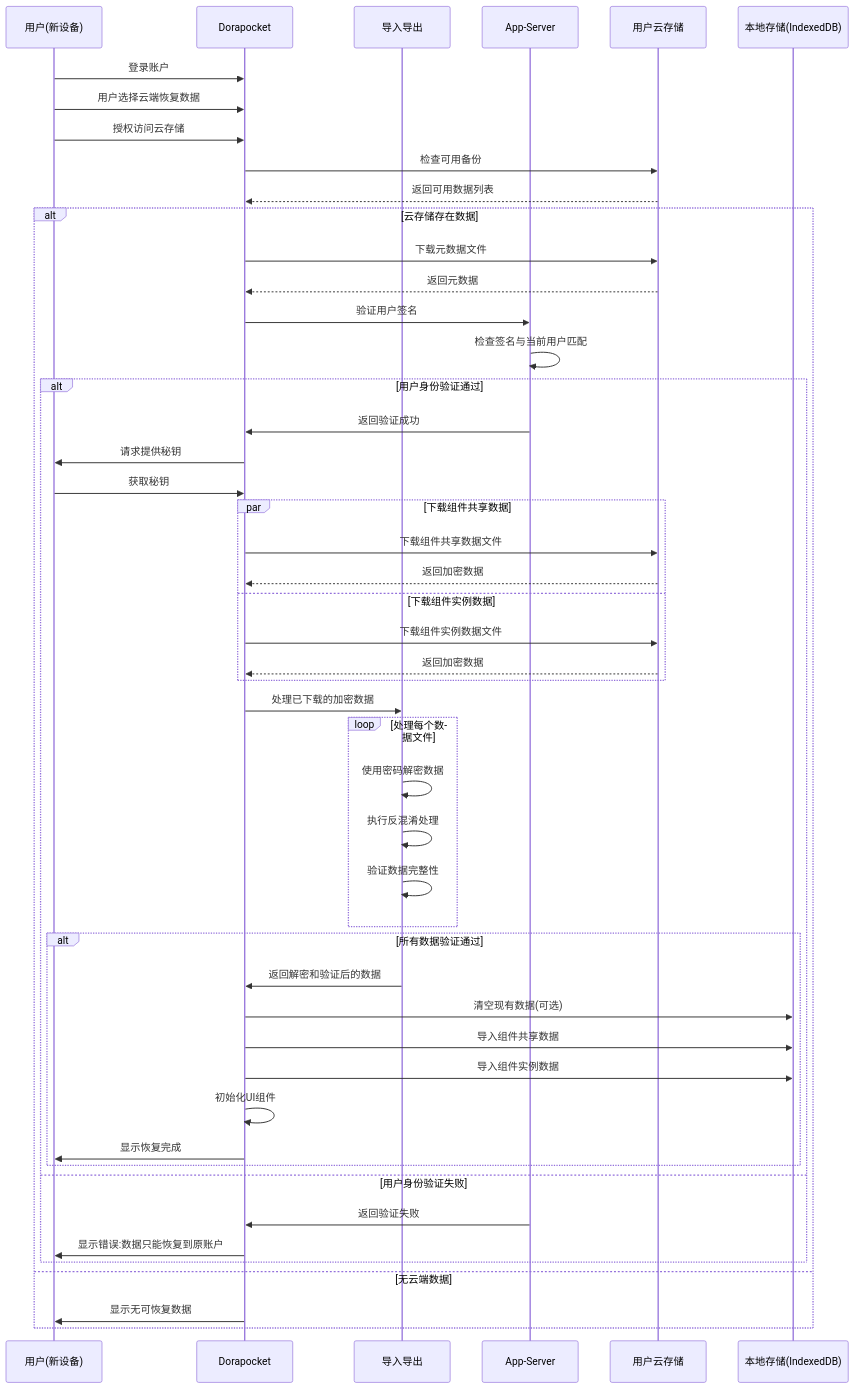
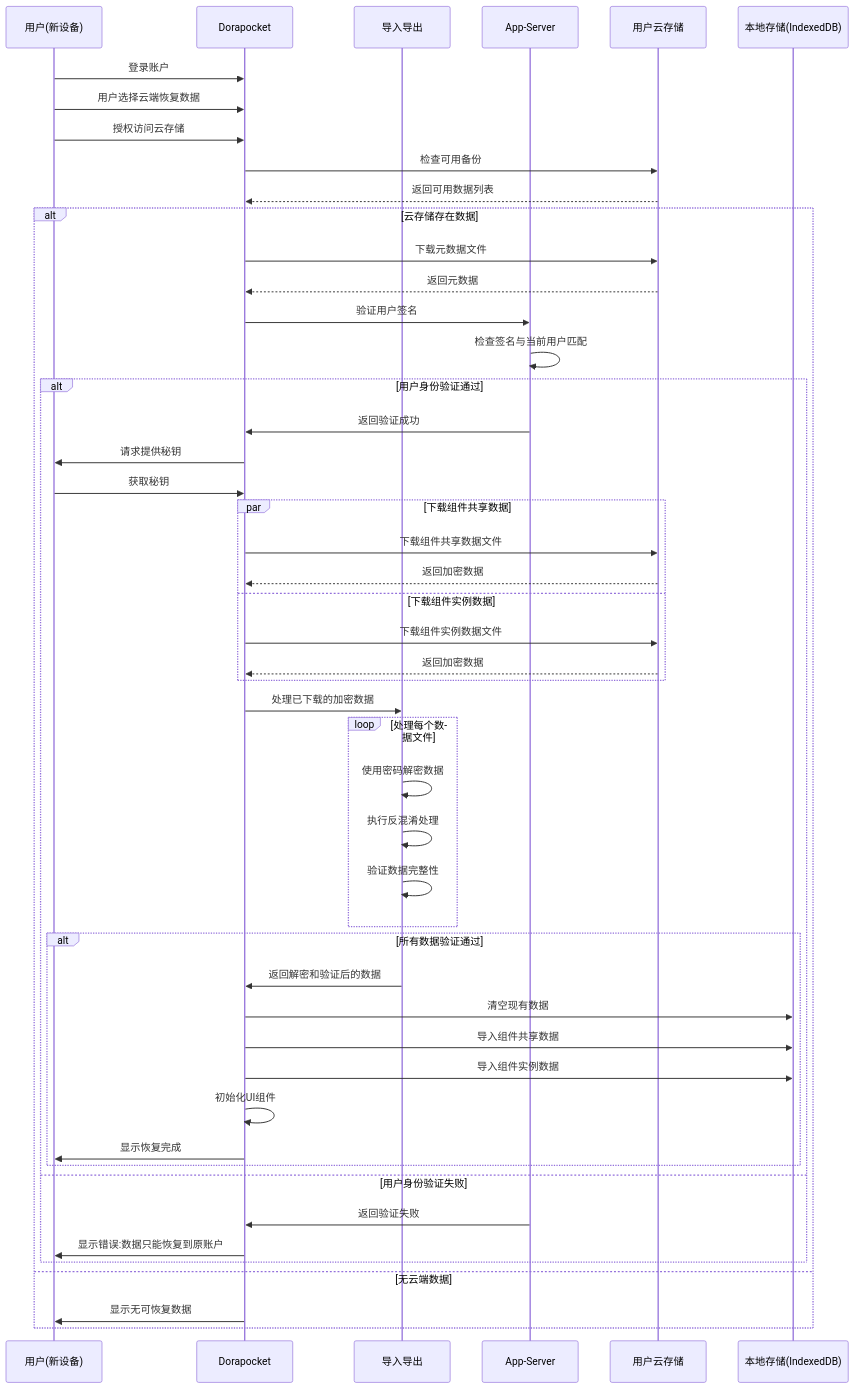
The diagram in all/未命名-37.md (yingjianzh/iodraw-files), drawn with Mermaid before and after one commit.

Commit message:
2025-04-18 16:15:10 update

````diff
--- a/all/未命名-37.md
+++ b/all/未命名-37.md
@@ -1,65 +1,65 @@
 ```mermaid
 
 sequenceDiagram
     participant User as 用户(新设备)
     participant App as Dorapocket
     participant Security as 导入导出
     participant AppServer as App-Server
     participant UserCloud as 用户云存储
     participant LocalDB as 本地存储(IndexedDB)
     
     User->>App: 登录账户
     User->>App: 用户选择云端恢复数据
     User->>App: 授权访问云存储
     
     App->>UserCloud: 检查可用备份
     UserCloud-->>App: 返回可用数据列表
     
     alt 云存储存在数据
         
         App->>UserCloud: 下载元数据文件
         UserCloud-->>App: 返回元数据
         
         App->>AppServer: 验证用户签名
         AppServer->>AppServer: 检查签名与当前用户匹配
         
         alt 用户身份验证通过
             AppServer->>App: 返回验证成功
             
             App->>User: 请求提供秘钥
             User->>App: 获取秘钥
             
             par 下载组件共享数据
                 App->>UserCloud: 下载组件共享数据文件
                 UserCloud-->>App: 返回加密数据
             and 下载组件实例数据
                 App->>UserCloud: 下载组件实例数据文件
                 UserCloud-->>App: 返回加密数据
             end
             
             App->>Security: 处理已下载的加密数据
             loop 处理每个数据文件
                 Security->>Security: 使用密码解密数据
                 Security->>Security: 执行反混淆处理
                 Security->>Security: 验证数据完整性
             end
             
             alt 所有数据验证通过
                 Security->>App: 返回解密和验证后的数据
                 
-                App->>LocalDB: 清空现有数据(可选)
+                App->>LocalDB: 清空现有数据
                 App->>LocalDB: 导入组件共享数据
                 App->>LocalDB: 导入组件实例数据
                 
                 App->>App: 初始化UI组件
                 App->>User: 显示恢复完成
             end
         else 用户身份验证失败
             AppServer->>App: 返回验证失败
             App->>User: 显示错误:数据只能恢复到原账户
         end
     else 无云端数据
         App->>User: 显示无可恢复数据
     end
 
 ```
````
